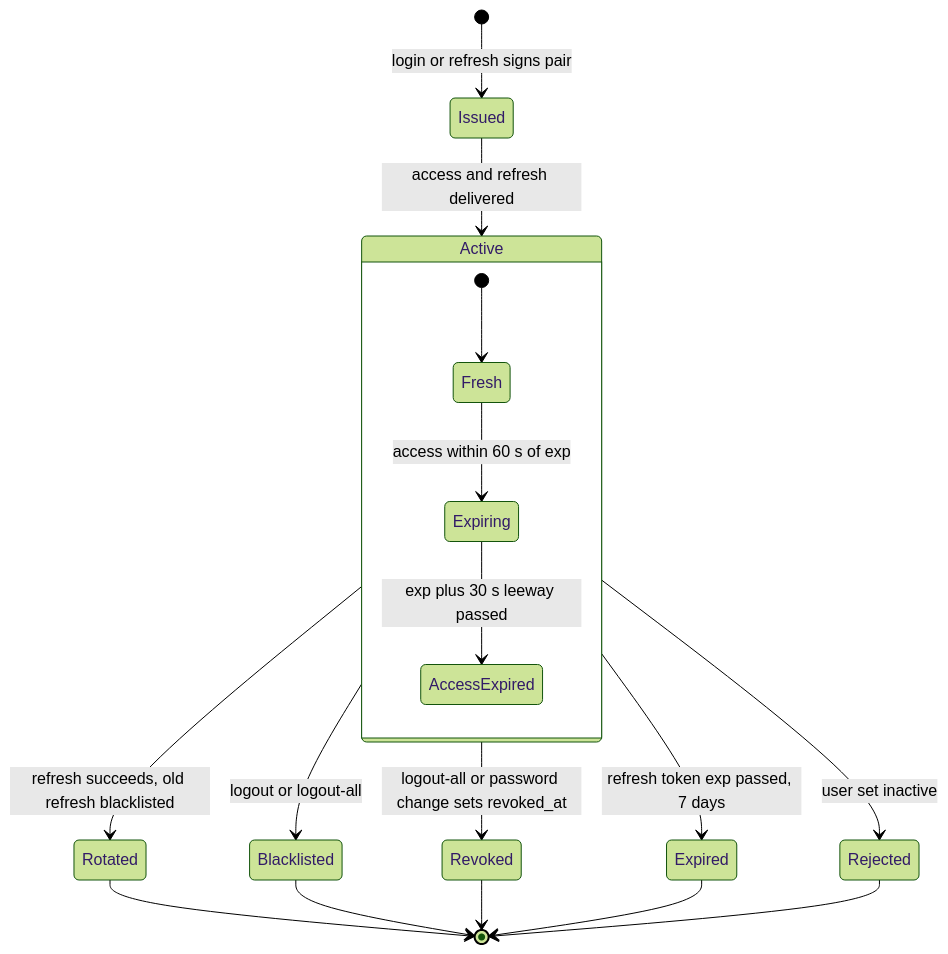
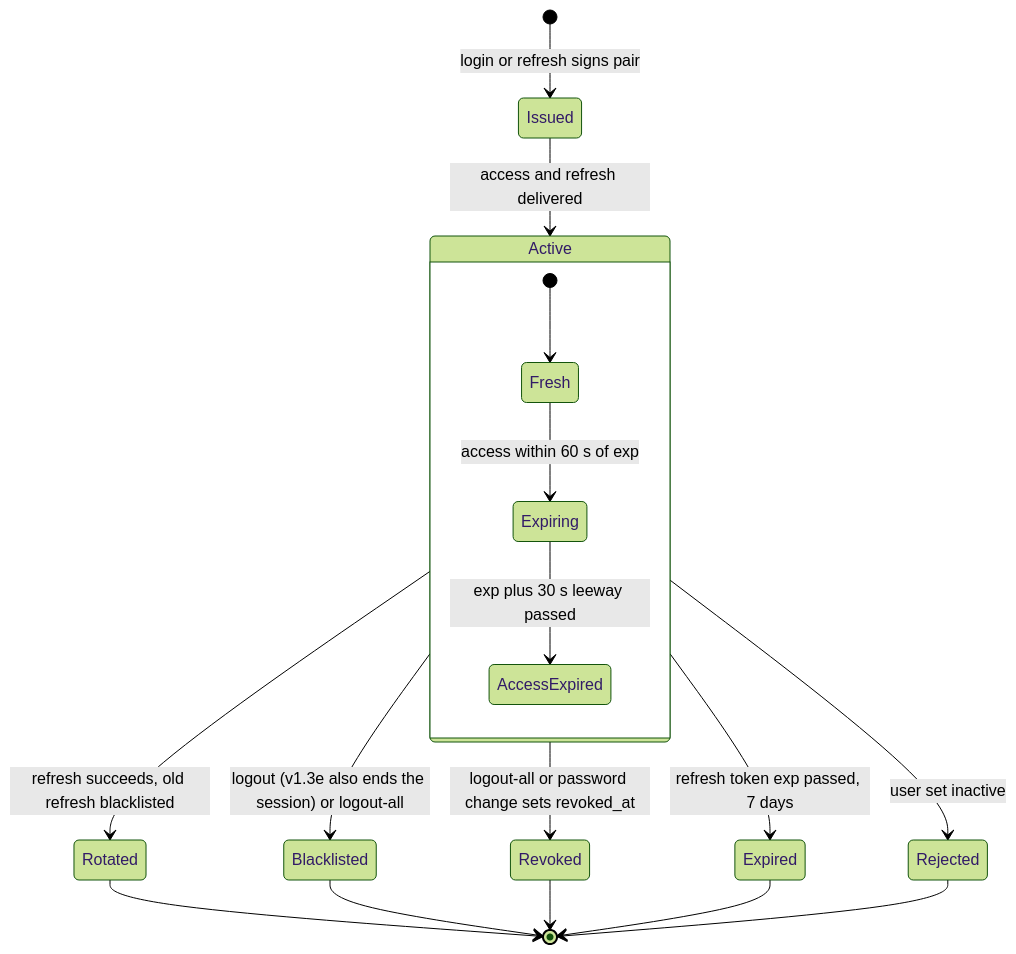
One commit to Neural-Matrix-LLC/SSO-server changed diagram 19 of 35 in docs/ARCHITECTURE.md. Above: the diagram before and after it, drawn with Mermaid (forest theme). The commit also changed other lines of this file and 17 other files, not shown here.

````diff
--- a/docs/ARCHITECTURE.md
+++ b/docs/ARCHITECTURE.md
@@ -854,20 +856,20 @@
 ```mermaid
 stateDiagram-v2
   [*] --> Issued: login or refresh signs pair
   Issued --> Active: access and refresh delivered
   state Active {
     [*] --> Fresh
     Fresh --> Expiring: access within 60 s of exp
     Expiring --> AccessExpired: exp plus 30 s leeway passed
   }
   Active --> Rotated: refresh succeeds, old refresh blacklisted
   Rotated --> [*]
-  Active --> Blacklisted: logout or logout-all
+  Active --> Blacklisted: logout (v1.3e also ends the session) or logout-all
   Active --> Revoked: logout-all or password change sets revoked_at
   Active --> Expired: refresh token exp passed, 7 days
   Active --> Rejected: user set inactive
   Blacklisted --> [*]
   Revoked --> [*]
   Expired --> [*]
   Rejected --> [*]
 ```
````
